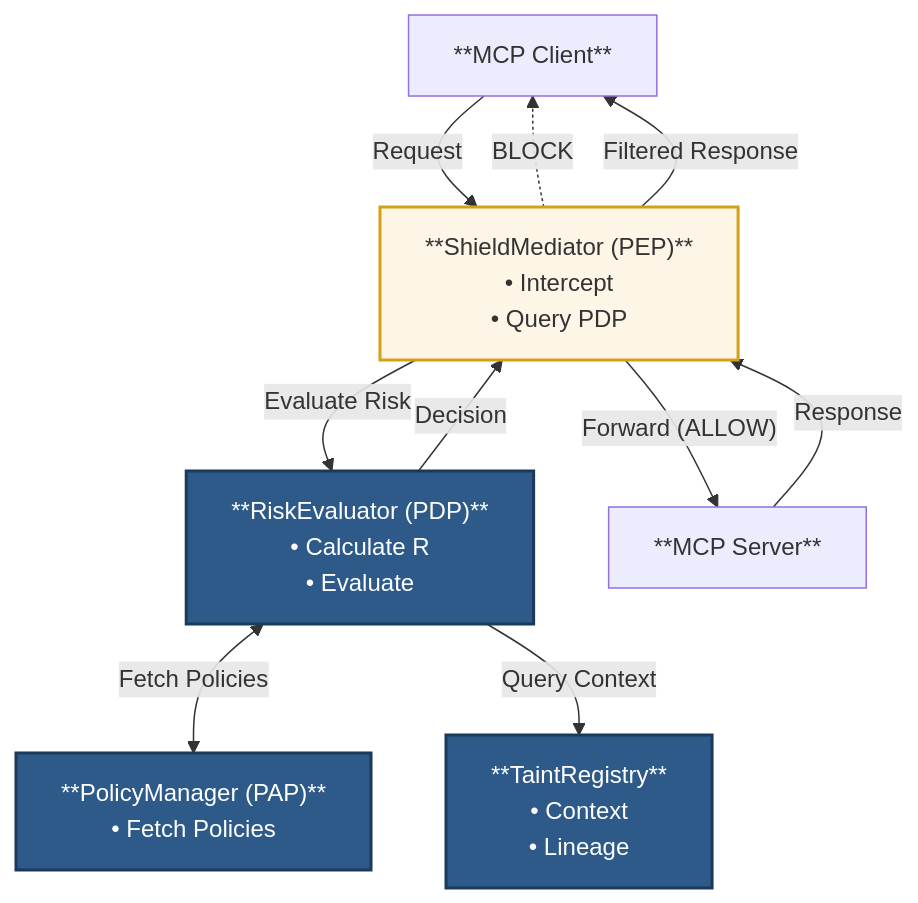
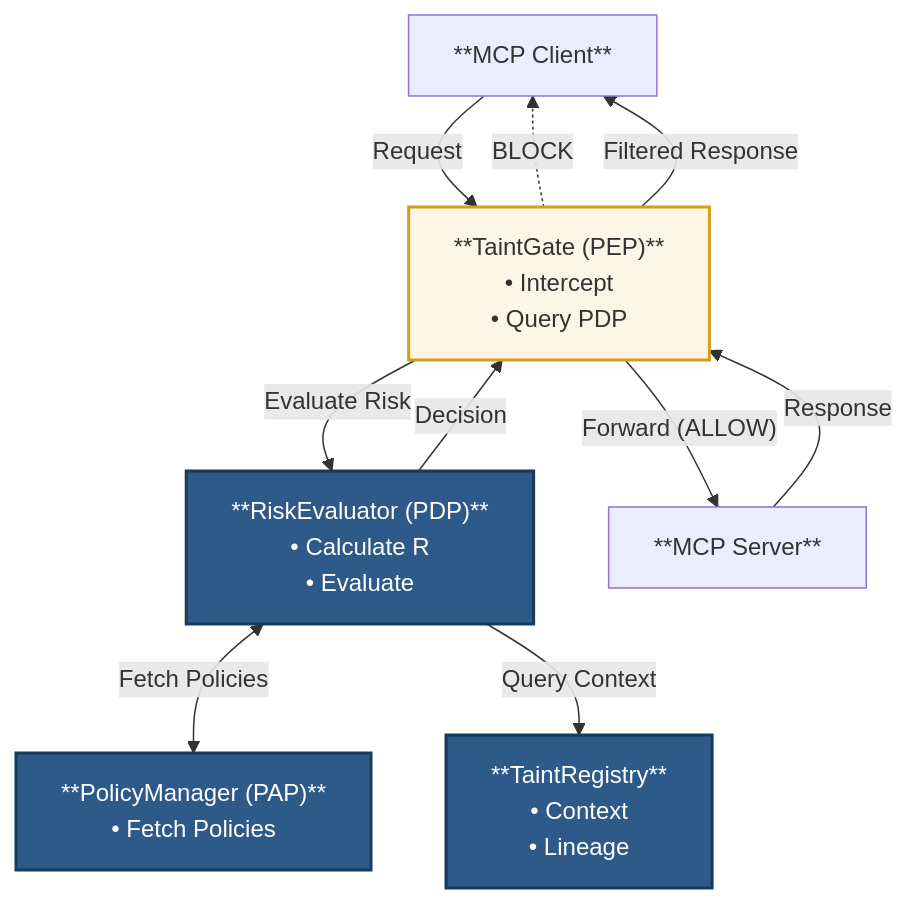
The fifth of 8 diagrams in ARCHITECTURE.md (kiranv926/mcp-shield), drawn with Mermaid before and after one commit. The commit also changed other lines of this file and 67 other files, not shown here.

First line of the commit message:
refactor(brand): rename MCP-Shield -> TaintGate across the project

````diff
--- a/ARCHITECTURE.md
+++ b/ARCHITECTURE.md
@@ -428,17 +428,17 @@
 ```mermaid
 graph TD
-    Client["**MCP Client**"] -->|"Request"| PEP["**ShieldMediator (PEP)**<br/>• Intercept<br/>• Query PDP"]
+    Client["**MCP Client**"] -->|"Request"| PEP["**TaintGate (PEP)**<br/>• Intercept<br/>• Query PDP"]
     PEP -->|"Evaluate Risk"| PDP["**RiskEvaluator (PDP)**<br/>• Calculate R<br/>• Evaluate"]
     PDP <-->|"Fetch Policies"| PAP["**PolicyManager (PAP)**<br/>• Fetch Policies"]
     PDP -->|"Query Context"| TR["**TaintRegistry**<br/>• Context<br/>• Lineage"]
     PDP -->|"Decision"| PEP
     PEP -->|"Forward (ALLOW)"| Server["**MCP Server**"]
     PEP -.->|"BLOCK"| Client
     Server -->|"Response"| PEP
     PEP -->|"Filtered Response"| Client
     
     style PEP fill:#fdf5e6,stroke:#d4a017,stroke-width:2px
     style PDP fill:#2d5a88,stroke:#1a3a5a,stroke-width:2px,color:#fff
     style PAP fill:#2d5a88,stroke:#1a3a5a,stroke-width:2px,color:#fff
     style TR fill:#2d5a88,stroke:#1a3a5a,stroke-width:2px,color:#fff
 ```
````
